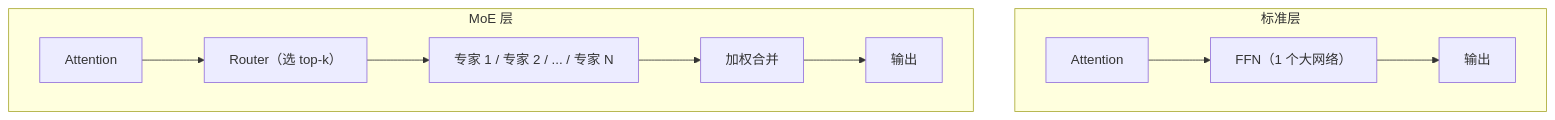
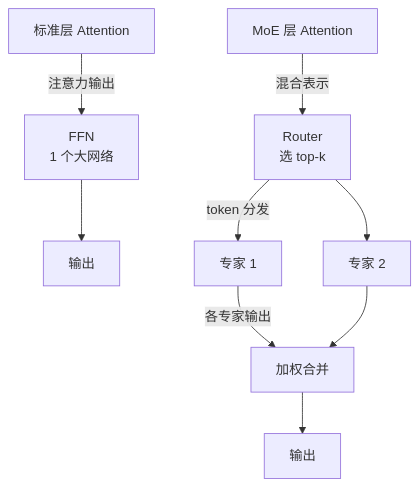
The first of 2 diagrams in vault/工程知识/AI 系统工程：从模型能力到生产能力/模型基础与训练/MoE用稀疏激活换取参数容量和通信复杂度.md (hub138/technical-knowledge), drawn with Mermaid before and after one commit. The commit also changed other lines of this file and 622 other files, not shown here.

````diff
--- a/vault/工程知识/AI 系统工程：从模型能力到生产能力/模型基础与训练/MoE用稀疏激活换取参数容量和通信复杂度.md
+++ b/vault/工程知识/AI 系统工程：从模型能力到生产能力/模型基础与训练/MoE用稀疏激活换取参数容量和通信复杂度.md
@@ -74,13 +91,11 @@
 ```mermaid
-flowchart TB
-    subgraph standard["标准层"]
-        a1["Attention"] --> a2["FFN（1 个大网络）"]
-        a2 --> a3["输出"]
-    end
-    subgraph moe["MoE 层"]
-        b1["Attention"] --> b2["Router（选 top-k）"]
-        b2 --> b3["专家 1 / 专家 2 / ... / 专家 N"]
-        b3 --> b4["加权合并"]
-        b4 --> b5["输出"]
-    end
+flowchart TD
+    a1["标准层 Attention"] -->|"注意力输出"| a2["FFN<br/>1 个大网络"]
+    a2 --> a3["输出"]
+    b1["MoE 层 Attention"] -->|"混合表示"| b2["Router<br/>选 top-k"]
+    b2 -->|"token 分发"| e1["专家 1"]
+    b2 --> e2["专家 2"]
+    e1 -->|"各专家输出"| b4["加权合并"]
+    e2 --> b4
+    b4 --> b5["输出"]
 ```
````
